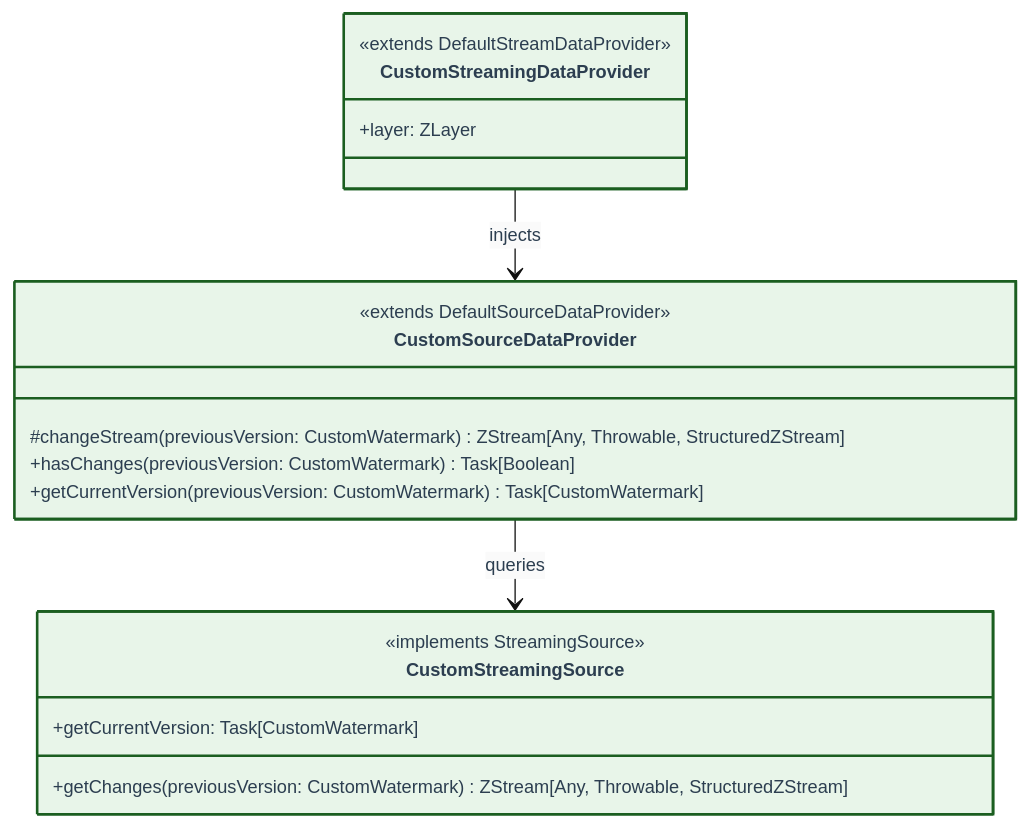
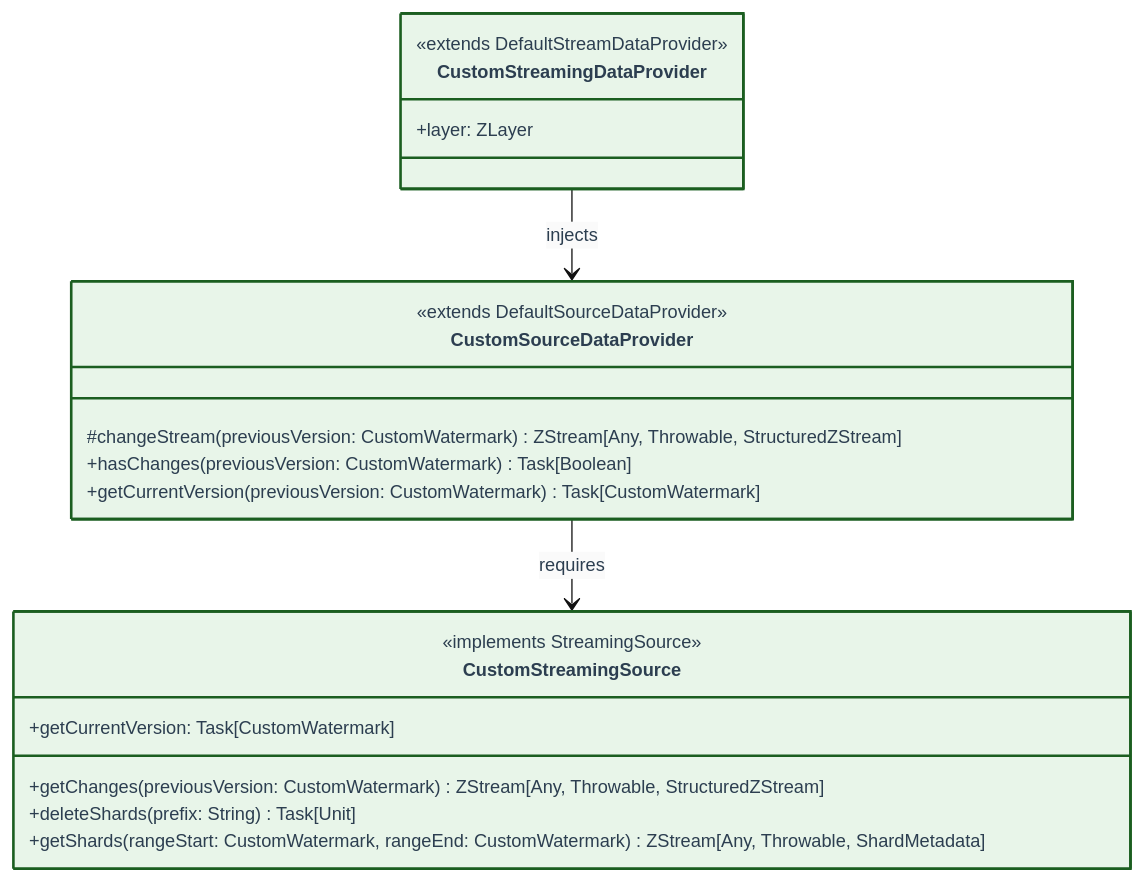
Before and after one commit to SneaksAndData/arcane-framework-scala: the third of 3 diagrams in docs/class_diagram.md, drawn with Mermaid.

Commit message:
finalize

````diff
--- a/docs/class_diagram.md
+++ b/docs/class_diagram.md
@@ -119,47 +119,49 @@
 ```mermaid
 %%{init: {
   "theme": "base",
   "themeVariables": {
     "primaryColor": "#fafafa",
     "primaryTextColor": "#2c3e50",
     "primaryBorderColor": "#7f8c8d",
     "lineColor": "#111111",
     "arrowheadColor": "#111111",
     "secondaryColor": "#fdfdfd",
     "tertiaryColor": "#ffffff",
     "fontSize": "14px",
     "fontFamily": "Fira Code, Menlo, Monaco, Consolas, Courier New, monospace"
   },
   "class": {
     "curve": "linear"
   }
 } }%%
 classDiagram
     direction TB
 
     %% Custom Implementations
     class CustomStreamingDataProvider {
         <<extends DefaultStreamDataProvider>>
         +layer: ZLayer
     }
     class CustomSourceDataProvider {
         <<extends DefaultSourceDataProvider>>
         #changeStream(previousVersion: CustomWatermark) ZStream[Any, Throwable, StructuredZStream]
         +hasChanges(previousVersion: CustomWatermark) Task[Boolean]
         +getCurrentVersion(previousVersion: CustomWatermark) Task[CustomWatermark]
     }
     class CustomStreamingSource {
         <<implements StreamingSource>>
         +getChanges(previousVersion: CustomWatermark) ZStream[Any, Throwable, StructuredZStream]
         +getCurrentVersion: Task[CustomWatermark]
+        +deleteShards(prefix: String) Task[Unit]
+        +getShards(rangeStart: CustomWatermark, rangeEnd: CustomWatermark) ZStream[Any, Throwable, ShardMetadata]
     }
 
     %% Relationships
     CustomStreamingDataProvider --> CustomSourceDataProvider : injects
-    CustomSourceDataProvider --> CustomStreamingSource : queries
+    CustomSourceDataProvider --> CustomStreamingSource : requires
 
     %% Styling
     style CustomStreamingDataProvider fill:#e8f5e9,stroke:#1b5e20,stroke-width:2px
     style CustomSourceDataProvider fill:#e8f5e9,stroke:#1b5e20,stroke-width:2px
     style CustomStreamingSource fill:#e8f5e9,stroke:#1b5e20,stroke-width:2px
 ```
````
